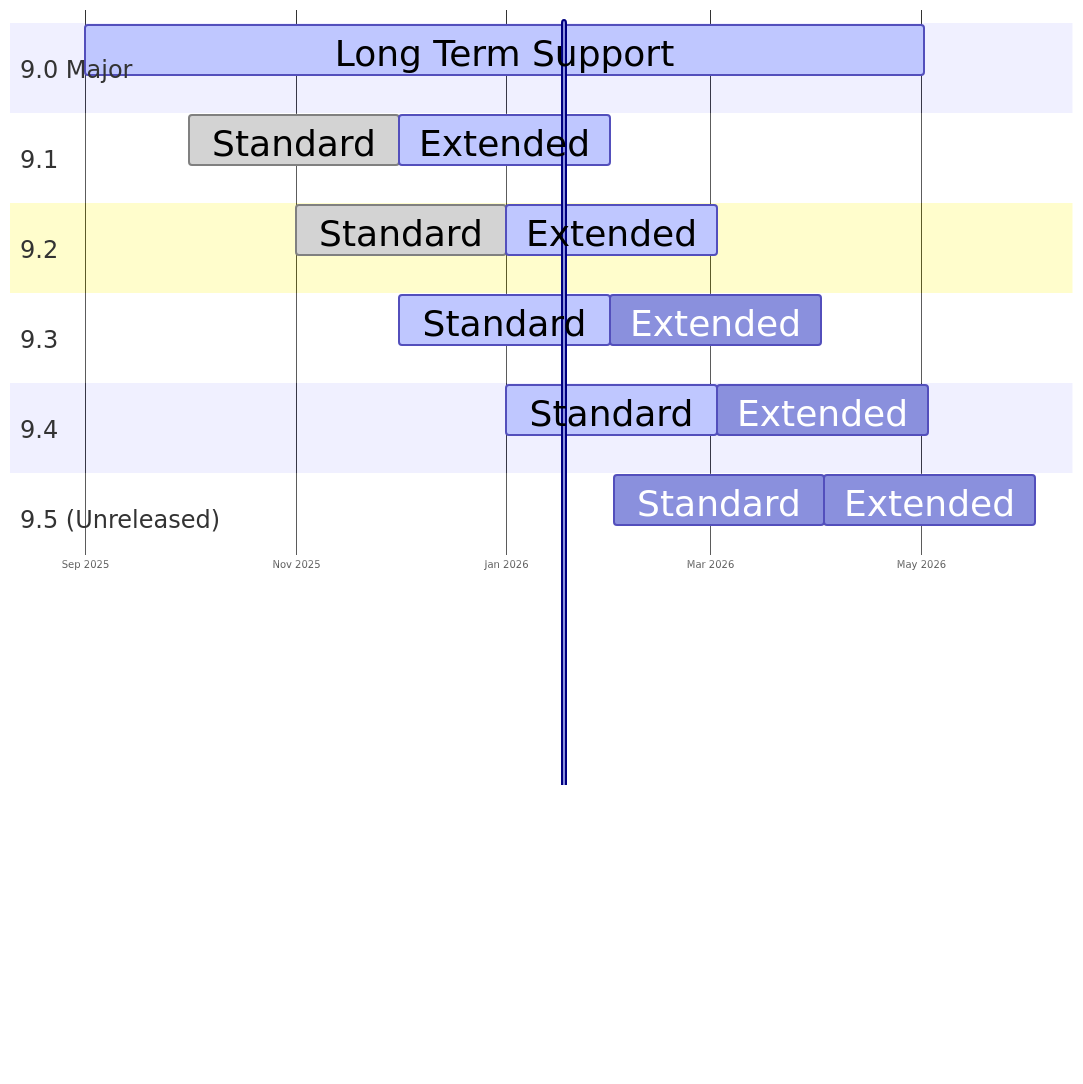
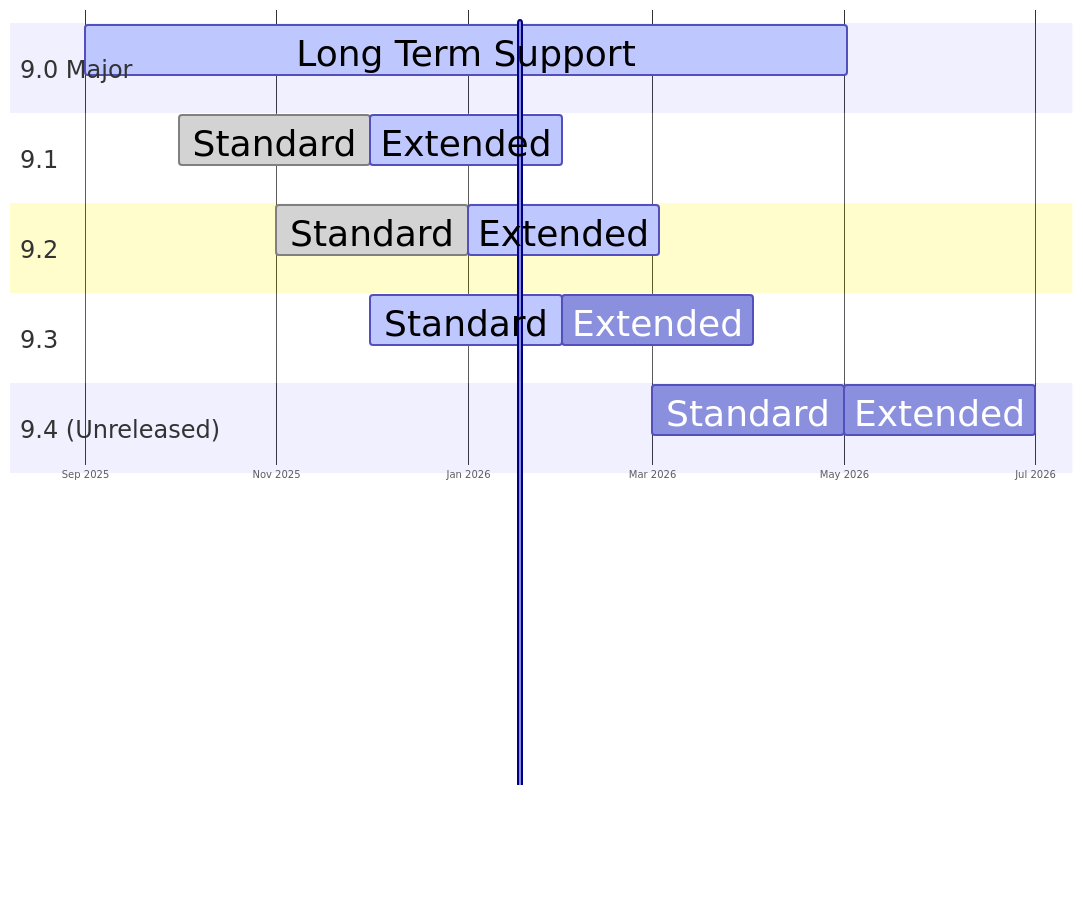
One commit to sequentech/step changed the second of 4 diagrams in docs/docusaurus/docs/05-reference/03-product_lifecycle_and_release_cadence.md. Above: the diagram before and after it, drawn with Mermaid. The commit also changed other lines of this file, not shown here.

````diff
--- a/docs/docusaurus/docs/05-reference/03-product_lifecycle_and_release_cadence.md
+++ b/docs/docusaurus/docs/05-reference/03-product_lifecycle_and_release_cadence.md
@@ -153,79 +147,75 @@
 ```mermaid
 ---
 displayMode: compact
 config:
     logLevel: 'debug'
     theme: 'default'
     themeCSS: " \n
         .taskText { font-size: 16px; }
         rect[id^=srs_] { fill: #0f054c; stroke-width: 4px; }
         text[id^=srs_] { fill: white !important; font-size: 24px; }
         rect[id^=ers_] { fill: #2de8b9; stroke-width: 4px; }
         text[id^=ers_] { fill: #0f054c !important; font-size: 24px; }
         rect[id^=lts_] { fill: #bec7ff; stroke-width: 4px; }
         text[id^=lts_] { fill: #0f054c !important; font-size: 24px; }
         .sectionTitle { stroke: white; paint-order: stroke fill; fill: #0f054c; stroke-width: 8px; }
         g[class=tick] text { font-size: 24px; height: 50px; }
         .vertText {  transform: translate(-133px, -740px); font-size: 24px; fill: red !important; }
         .task.vert { stroke: red; fill: red !important; }
 
         /*** section backgrounds: ***/
         .section0, .section1, .section2 { fill: #2de8b9; opacity: 0.2; stroke: none; }
         .section:nth-last-child(-n + 1) { fill: transparent; }
 
         /* - under standard support */
-        .section3, .section4 { fill: #6666ff7d; }
-        #srs_93, #srs_94 { stroke: #0f054c; }
+        .section3 { fill: #6666ff7d; }
+        #srs_93 { stroke: #0f054c; }
 
         /* out of support: */
         /* (No versions are out of support in this example timeframe) */
 
         /* under legacy or extended support: */
         #lts_90, #ers_91, #ers_92 { stroke: #0f054c; }
 
         /* unreleased: */
-        #srs_95, #ers_95 { opacity: 0.3; }
+        #srs_94, #ers_94 { opacity: 0.3; }
     "
 ---
 %%{init:
     {
         "gantt": {
             "sectionFontSize": 24,
             "fontSize": 36,
             "barGap": 40,
             "barHeight": 50,
             "topPadding": 40
         }
     }
 }%%
 gantt
     todayMarker off
     dateFormat YYYY-MM-DD
     axisFormat %b %Y
     tickInterval 2month
 
     section 9.0 Major
         Long Term Support :active, lts_90, 2025-09-01, 243d
 
     section 9.1
         Standard :done, srs_91, 2025-10-01, 61d
         Extended :active, ers_91, after srs_91, 61d
 
     section 9.2
         Standard :done, srs_92, 2025-11-01, 61d
         Extended :active, ers_92, after srs_92, 61d
 
     section 9.3
         Standard :active, srs_93, 2025-12-01, 61d
         Extended :ers_93, after srs_93, 61d
 
-    section 9.4
-        Standard :active, srs_94, 2026-01-01, 61d
+    section 9.4 (Unreleased)
+        Standard :srs_94, 2026-03-01, 61d
         Extended :ers_94, after srs_94, 61d
-
-    section 9.5 (Unreleased)
-        Standard :srs_95, 2026-02-01, 61d
-        Extended :ers_95, after srs_95, 61d
 
     Example Current Date : vert, current, 2026-01-17, 1d
 ```
````
